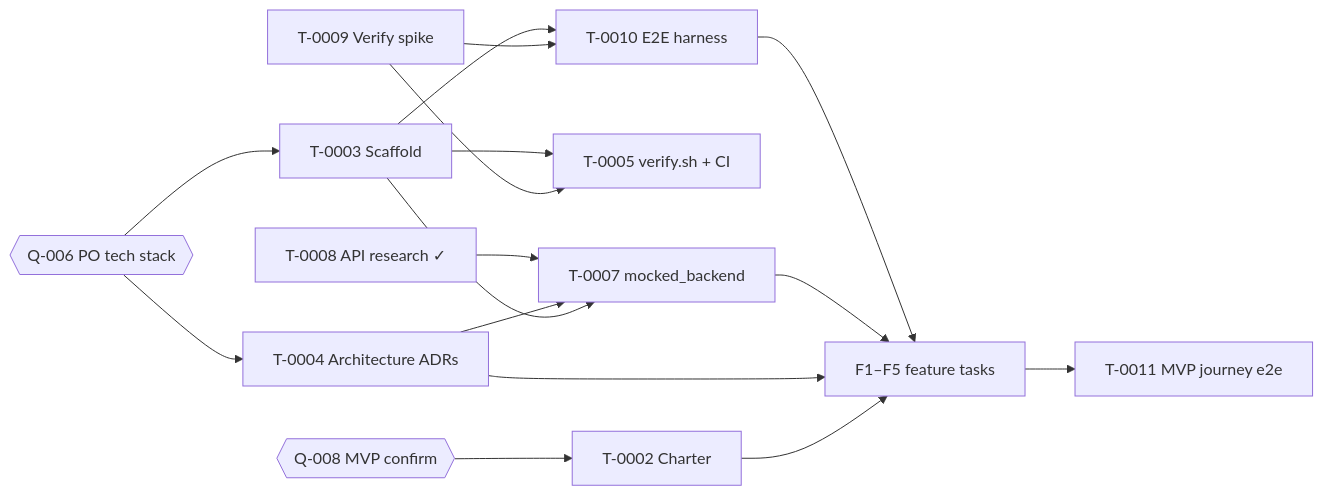
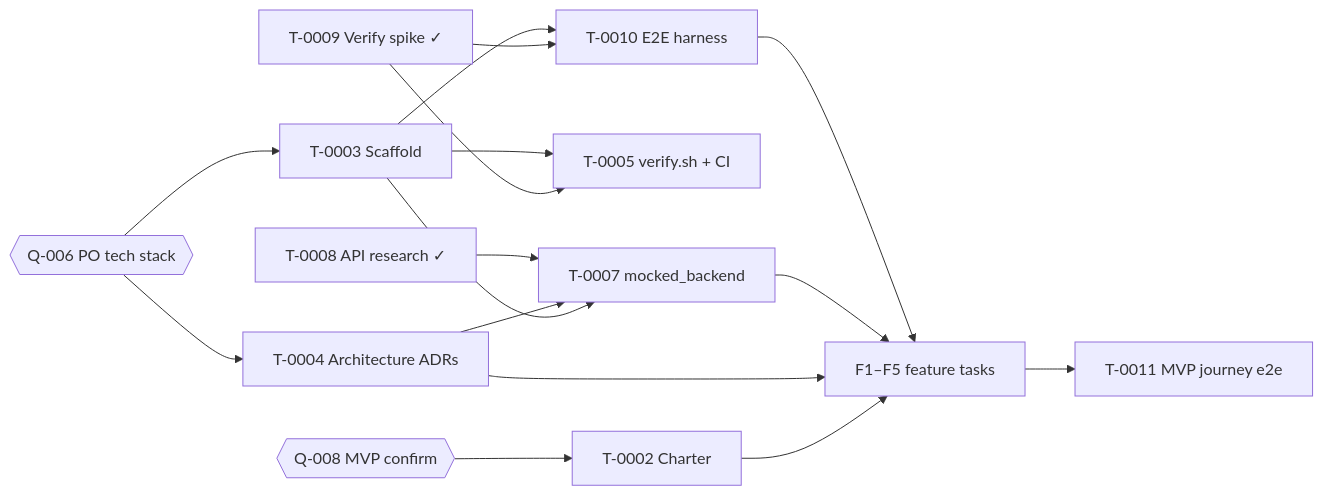
The diagram in documents/tasks/BOARD.md (emiliev/mini-client-application), drawn with Mermaid before and after one commit. The commit also changed other lines of this file and 15 other files, not shown here.

````diff
--- a/documents/tasks/BOARD.md
+++ b/documents/tasks/BOARD.md
@@ -30,18 +30,18 @@
 ```mermaid
 flowchart LR
     Q6{{Q-006 PO tech stack}} --> T3[T-0003 Scaffold]
     Q6 --> T4[T-0004 Architecture ADRs]
     Q8{{Q-008 MVP confirm}} --> T2[T-0002 Charter]
-    T9[T-0009 Verify spike] --> T5[T-0005 verify.sh + CI]
+    T9[T-0009 Verify spike ✓] --> T5[T-0005 verify.sh + CI]
     T9 --> T10[T-0010 E2E harness]
     T3 --> T5
     T3 --> T10
     T3 --> T7[T-0007 mocked_backend]
     T4 --> T7
     T8[T-0008 API research ✓] --> T7
     T2 --> FEAT[F1–F5 feature tasks]
     T4 --> FEAT
     T7 --> FEAT
     T10 --> FEAT
     FEAT --> T11[T-0011 MVP journey e2e]
 ```
````
